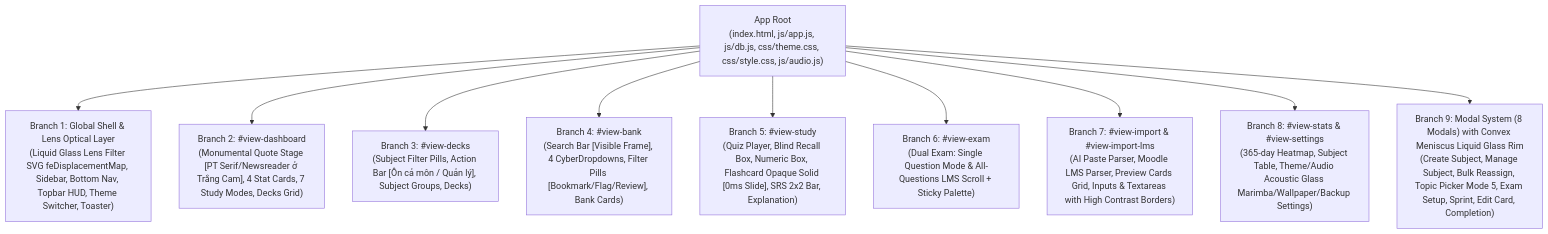
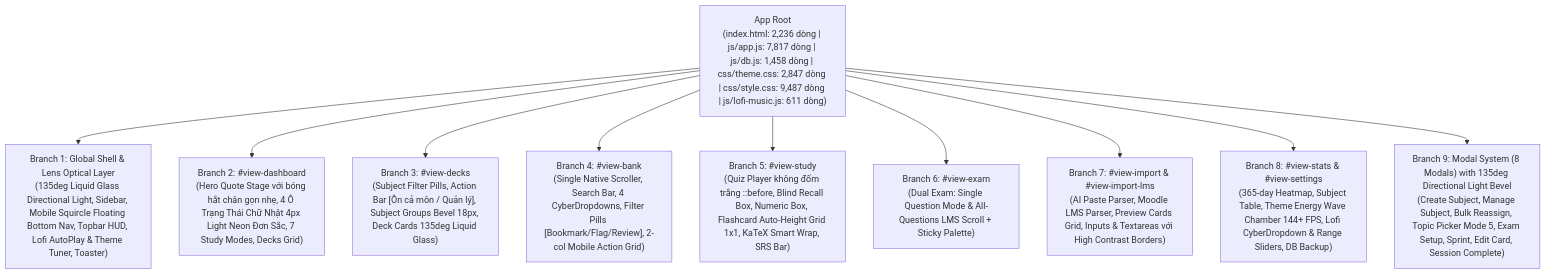
Before and after one commit to longcrpuen/tinhminhlaki: the first of 2 diagrams in docs/ARCHITECTURE_GRAPH.md, drawn with Mermaid. The commit also changed other lines of this file and 8 other files, not shown here.

Commit message:
feat(1n): 15 UI/UX items - 135deg directional liquid glass, mobile bottom nav, latex wrap, lofi autoplay, energy wave & architecture map

````diff
--- a/docs/ARCHITECTURE_GRAPH.md
+++ b/docs/ARCHITECTURE_GRAPH.md
@@ -10,14 +14,14 @@
 ```mermaid
 graph TD
-    Root["App Root<br/>(index.html, js/app.js, js/db.js, css/theme.css, css/style.css, js/audio.js)"]
+    Root["App Root<br/>(index.html: 2,236 dòng | js/app.js: 7,817 dòng | js/db.js: 1,458 dòng | css/theme.css: 2,847 dòng | css/style.css: 9,487 dòng | js/lofi-music.js: 611 dòng)"]
 
-    Root --> B1["Branch 1: Global Shell & Lens Optical Layer<br/>(Liquid Glass Lens Filter SVG feDisplacementMap, Sidebar, Bottom Nav, Topbar HUD, Theme Switcher, Toaster)"]
-    Root --> B2["Branch 2: #view-dashboard<br/>(Monumental Quote Stage [PT Serif/Newsreader ở Trắng Cam], 4 Stat Cards, 7 Study Modes, Decks Grid)"]
-    Root --> B3["Branch 3: #view-decks<br/>(Subject Filter Pills, Action Bar [Ôn cả môn / Quản lý], Subject Groups, Decks)"]
-    Root --> B4["Branch 4: #view-bank<br/>(Search Bar [Visible Frame], 4 CyberDropdowns, Filter Pills [Bookmark/Flag/Review], Bank Cards)"]
-    Root --> B5["Branch 5: #view-study<br/>(Quiz Player, Blind Recall Box, Numeric Box, Flashcard Opaque Solid [0ms Slide], SRS 2x2 Bar, Explanation)"]
+    Root --> B1["Branch 1: Global Shell & Lens Optical Layer<br/>(135deg Liquid Glass Directional Light, Sidebar, Mobile Squircle Floating Bottom Nav, Topbar HUD, Lofi AutoPlay & Theme Tuner, Toaster)"]
+    Root --> B2["Branch 2: #view-dashboard<br/>(Hero Quote Stage với bóng hắt chân gọn nhẹ, 4 Ô Trạng Thái Chữ Nhật 4px Light Neon Đơn Sắc, 7 Study Modes, Decks Grid)"]
+    Root --> B3["Branch 3: #view-decks<br/>(Subject Filter Pills, Action Bar [Ôn cả môn / Quản lý], Subject Groups Bevel 18px, Deck Cards 135deg Liquid Glass)"]
+    Root --> B4["Branch 4: #view-bank<br/>(Single Native Scroller, Search Bar, 4 CyberDropdowns, Filter Pills [Bookmark/Flag/Review], 2-col Mobile Action Grid)"]
+    Root --> B5["Branch 5: #view-study<br/>(Quiz Player không đốm trắng ::before, Blind Recall Box, Numeric Box, Flashcard Auto-Height Grid 1x1, KaTeX Smart Wrap, SRS Bar)"]
     Root --> B6["Branch 6: #view-exam<br/>(Dual Exam: Single Question Mode & All-Questions LMS Scroll + Sticky Palette)"]
-    Root --> B7["Branch 7: #view-import & #view-import-lms<br/>(AI Paste Parser, Moodle LMS Parser, Preview Cards Grid, Inputs & Textareas with High Contrast Borders)"]
-    Root --> B8["Branch 8: #view-stats & #view-settings<br/>(365-day Heatmap, Subject Table, Theme/Audio Acoustic Glass Marimba/Wallpaper/Backup Settings)"]
-    Root --> B9["Branch 9: Modal System (8 Modals) with Convex Meniscus Liquid Glass Rim<br/>(Create Subject, Manage Subject, Bulk Reassign, Topic Picker Mode 5, Exam Setup, Sprint, Edit Card, Completion)"]
+    Root --> B7["Branch 7: #view-import & #view-import-lms<br/>(AI Paste Parser, Moodle LMS Parser, Preview Cards Grid, Inputs & Textareas với High Contrast Borders)"]
+    Root --> B8["Branch 8: #view-stats & #view-settings<br/>(365-day Heatmap, Subject Table, Theme Energy Wave Chamber 144+ FPS, Lofi CyberDropdown & Range Sliders, DB Backup)"]
+    Root --> B9["Branch 9: Modal System (8 Modals) with 135deg Directional Light Bevel<br/>(Create Subject, Manage Subject, Bulk Reassign, Topic Picker Mode 5, Exam Setup, Sprint, Edit Card, Session Complete)"]
 ```
````
